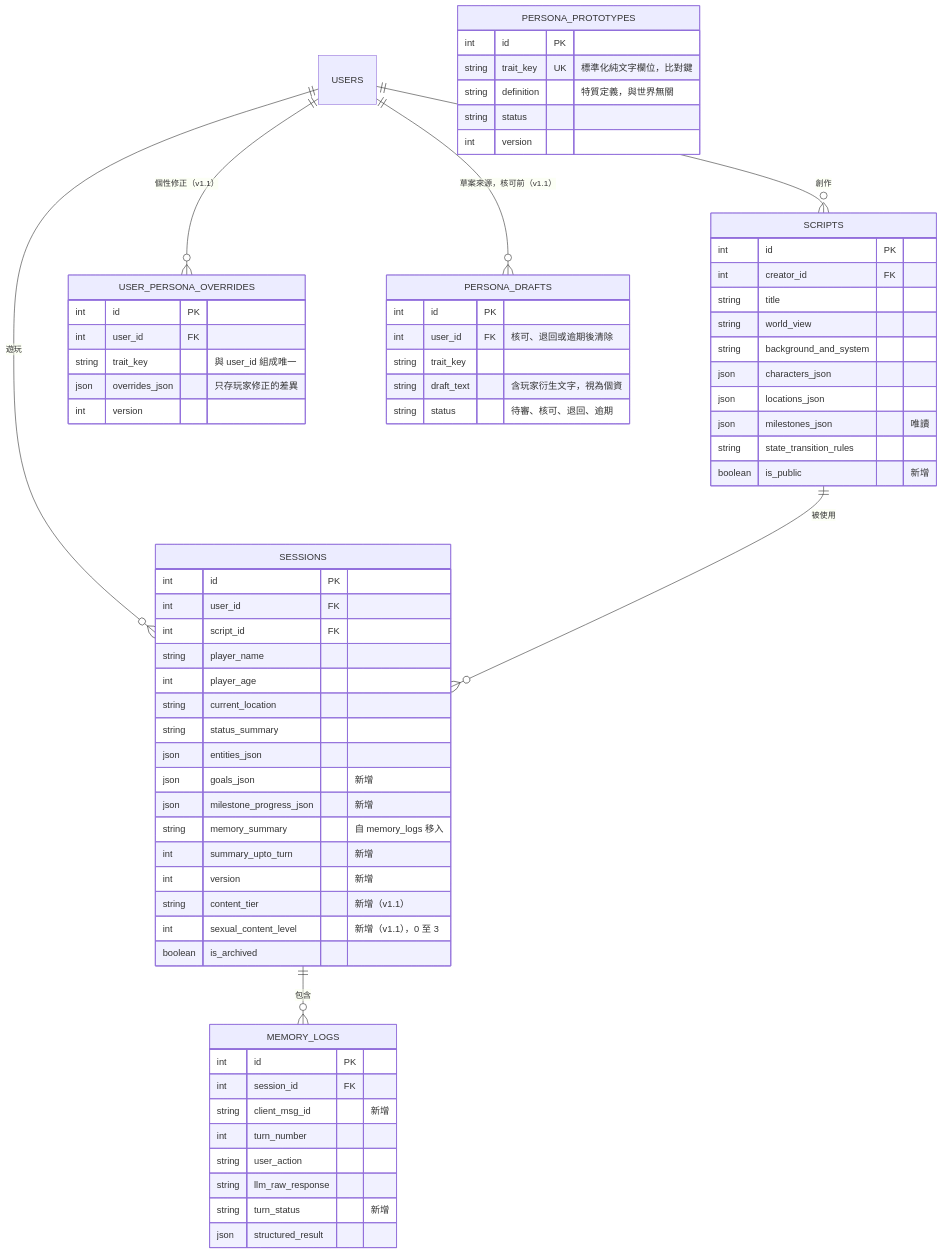
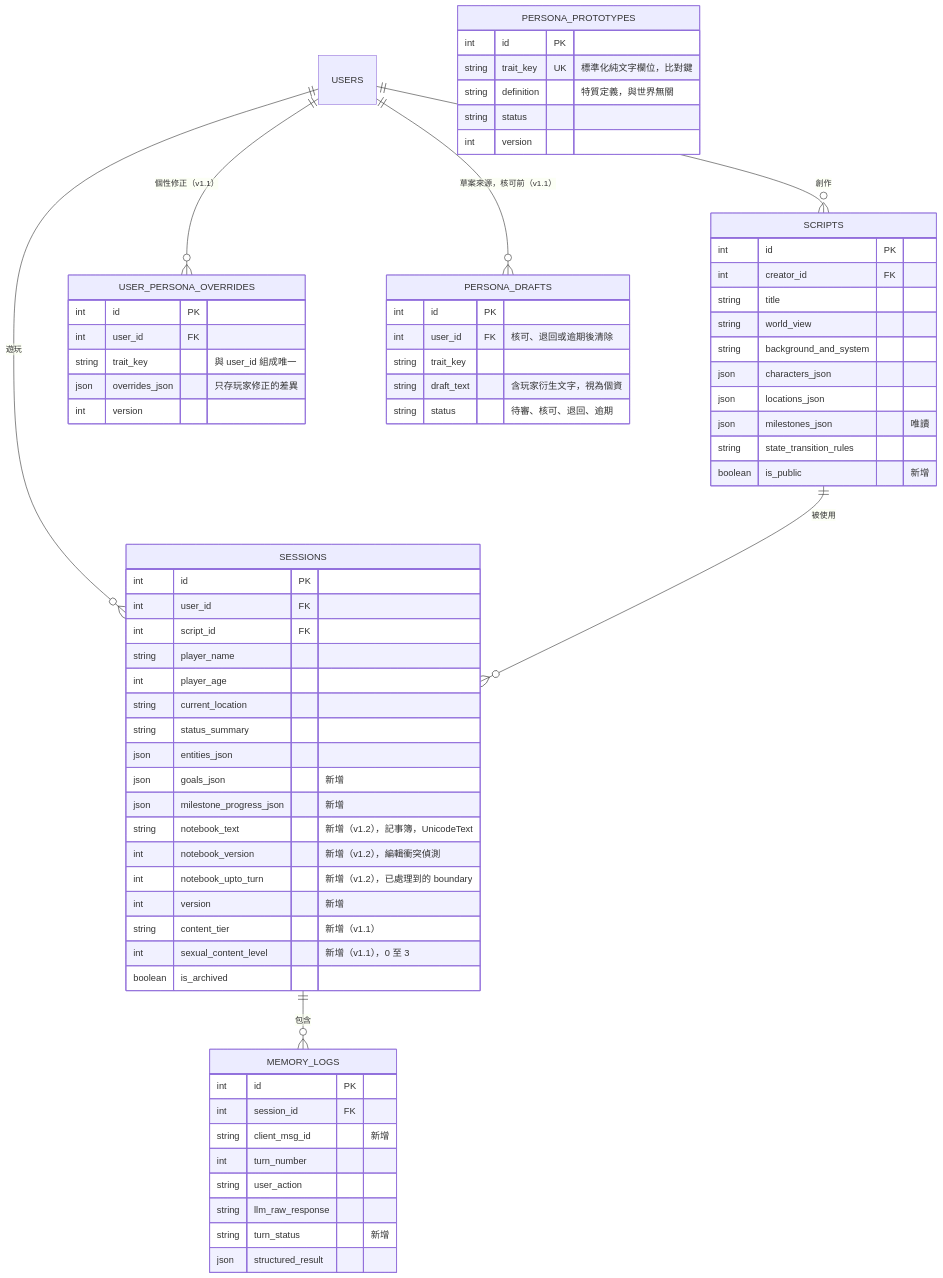
Before and after one commit to pp466pp466/R.A.C: the second of 10 diagrams in docs/RPG.md, drawn with Mermaid. The commit also changed other lines of this file and 9 other files, not shown here.

````diff
--- a/docs/RPG.md
+++ b/docs/RPG.md
@@ -74,71 +76,72 @@
 ```mermaid
 erDiagram
     USERS ||--o{ SCRIPTS : "創作"
     USERS ||--o{ SESSIONS : "遊玩"
     SCRIPTS ||--o{ SESSIONS : "被使用"
     SESSIONS ||--o{ MEMORY_LOGS : "包含"
     USERS ||--o{ USER_PERSONA_OVERRIDES : "個性修正（v1.1）"
     USERS ||--o{ PERSONA_DRAFTS : "草案來源，核可前（v1.1）"
 
     SCRIPTS {
         int id PK
         int creator_id FK
         string title
         string world_view
         string background_and_system
         json characters_json
         json locations_json
         json milestones_json "唯讀"
         string state_transition_rules
         boolean is_public "新增"
     }
     SESSIONS {
         int id PK
         int user_id FK
         int script_id FK
         string player_name
         int player_age
         string current_location
         string status_summary
         json entities_json
         json goals_json "新增"
         json milestone_progress_json "新增"
-        string memory_summary "自 memory_logs 移入"
-        int summary_upto_turn "新增"
+        string notebook_text "新增（v1.2），記事簿，UnicodeText"
+        int notebook_version "新增（v1.2），編輯衝突偵測"
+        int notebook_upto_turn "新增（v1.2），已處理到的 boundary"
         int version "新增"
         string content_tier "新增（v1.1）"
         int sexual_content_level "新增（v1.1），0 至 3"
         boolean is_archived
     }
     MEMORY_LOGS {
         int id PK
         int session_id FK
         string client_msg_id "新增"
         int turn_number
         string user_action
         string llm_raw_response
         string turn_status "新增"
         json structured_result
     }
     PERSONA_PROTOTYPES {
         int id PK
         string trait_key UK "標準化純文字欄位，比對鍵"
         string definition "特質定義，與世界無關"
         string status
         int version
     }
     USER_PERSONA_OVERRIDES {
         int id PK
         int user_id FK
         string trait_key "與 user_id 組成唯一"
         json overrides_json "只存玩家修正的差異"
         int version
     }
     PERSONA_DRAFTS {
         int id PK
         int user_id FK "核可、退回或逾期後清除"
         string trait_key
         string draft_text "含玩家衍生文字，視為個資"
         string status "待審、核可、退回、逾期"
     }
 ```
````
